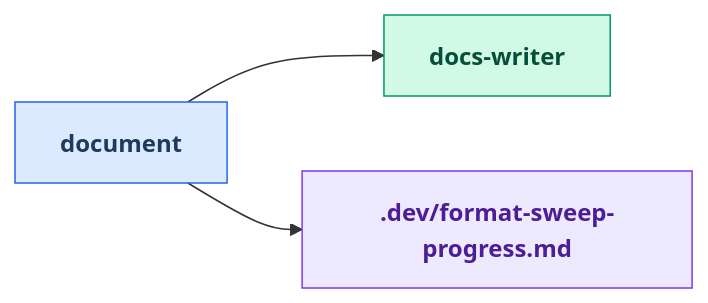
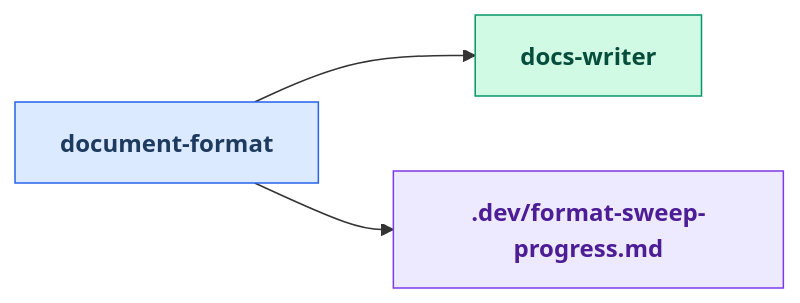
One commit to russell-laing/al-dev-shared changed diagram 20 of 25 in docs/skills_map.md. Above: the diagram before and after it, drawn with Mermaid. The commit also changed other lines of this file and 14 other files, not shown here.

````diff
--- a/docs/skills_map.md
+++ b/docs/skills_map.md
@@ -956,19 +969,19 @@
 ```mermaid
 flowchart LR
     classDef skillNode fill:#dbeafe,stroke:#2563eb,color:#1e3a5f,font-weight:bold
     classDef agentNode fill:#d1fae5,stroke:#059669,color:#064e3b,font-weight:bold
     classDef knowledgeNode fill:#fef3c7,stroke:#d97706,color:#78350f,font-weight:bold
     classDef artifactNode fill:#ede9fe,stroke:#7c3aed,color:#4c1d95,font-weight:bold
     classDef phaseNode fill:#e0e7ff,stroke:#6366f1,color:#312e81,font-weight:bold
 
-    skill_document[document]
+    skill_document_format[document-format]
     agent_docs_writer[docs-writer]
     artifact_format_sweep_progress_md[.dev/format-sweep-progress.md]
 
-    skill_document --> agent_docs_writer
-    skill_document --> artifact_format_sweep_progress_md
+    skill_document_format --> agent_docs_writer
+    skill_document_format --> artifact_format_sweep_progress_md
 
-    class skill_document skillNode
+    class skill_document_format skillNode
     class agent_docs_writer agentNode
     class artifact_format_sweep_progress_md artifactNode
 ```
````
